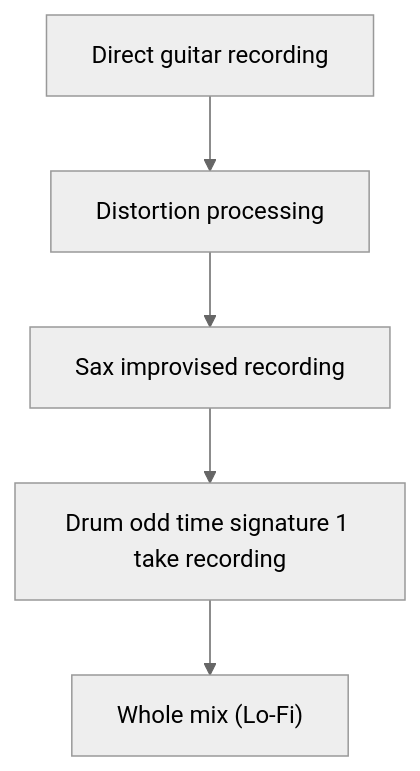
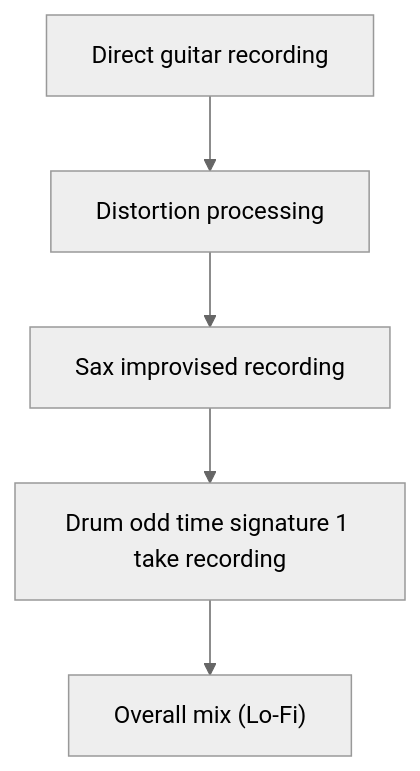
The first of 18 diagrams in en/_posts/2025-11-22-column-butthole-surfers.md (monumental-movement/monumental-movement.github.io), drawn with Mermaid (neutral theme) before and after one commit. The commit also changed other lines of this file and 801 other files, not shown here.

```diff
--- a/en/_posts/2025-11-22-column-butthole-surfers.md
+++ b/en/_posts/2025-11-22-column-butthole-surfers.md
@@ -84,7 +84,7 @@
 <div class="mermaid">
 flowchart TD
     A["Direct guitar recording"] --> B["Distortion processing"]
     B --> C["Sax improvised recording"]
     C --> D["Drum odd time signature 1 take recording"]
-    D --> E["Whole mix (Lo-Fi)"]
+    D --> E["Overall mix (Lo-Fi)"]
 </div>
```
